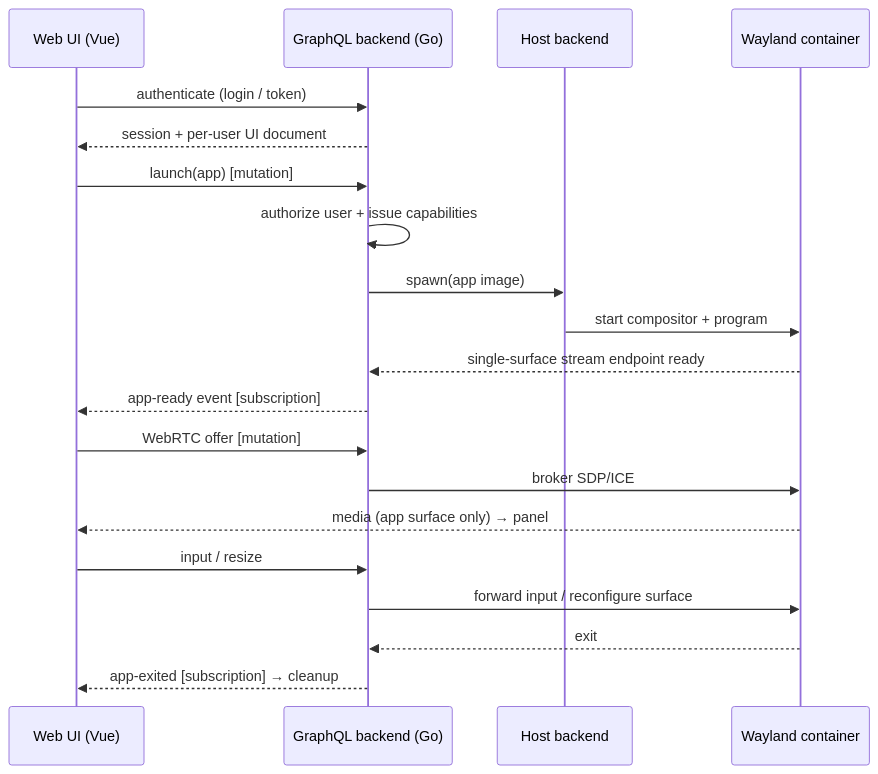
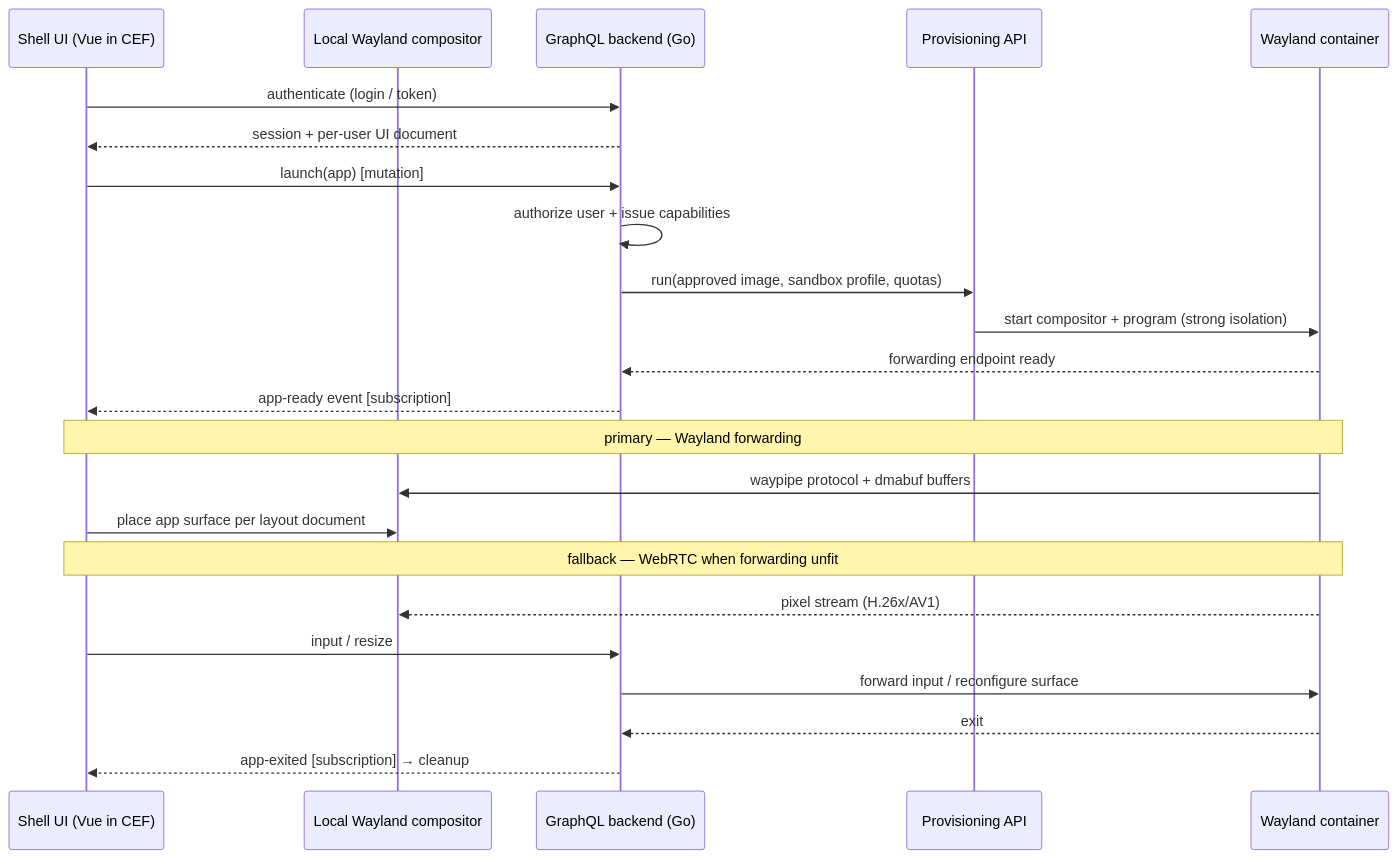
Before and after one commit to Asteb612/SandboxDesktop: the second of 3 diagrams in docs/ARCHITECTURE.md, drawn with Mermaid. The commit also changed other lines of this file and 7 other files, not shown here.

First line of the commit message:
Pivot to native client: CEF + local Wayland compositor; forwarding-first transport

````diff
--- a/docs/ARCHITECTURE.md
+++ b/docs/ARCHITECTURE.md
@@ -111,23 +121,26 @@
 ```mermaid
 sequenceDiagram
-    participant UI as Web UI (Vue)
+    participant UI as Shell UI (Vue in CEF)
+    participant LWC as Local Wayland compositor
     participant API as GraphQL backend (Go)
-    participant Host as Host backend
+    participant Host as Provisioning API
     participant C as Wayland container
 
     UI->>API: authenticate (login / token)
     API-->>UI: session + per-user UI document
     UI->>API: launch(app) [mutation]
     API->>API: authorize user + issue capabilities
-    API->>Host: spawn(app image)
-    Host->>C: start compositor + program
-    C-->>API: single-surface stream endpoint ready
+    API->>Host: run(approved image, sandbox profile, quotas)
+    Host->>C: start compositor + program (strong isolation)
+    C-->>API: forwarding endpoint ready
     API-->>UI: app-ready event [subscription]
-    UI->>API: WebRTC offer [mutation]
-    API->>C: broker SDP/ICE
-    C-->>UI: media (app surface only) → panel
+    Note over UI,C: primary — Wayland forwarding
+    C->>LWC: waypipe protocol + dmabuf buffers
+    UI->>LWC: place app surface per layout document
+    Note over UI,C: fallback — WebRTC when forwarding unfit
+    C-->>LWC: pixel stream (H.26x/AV1)
     UI->>API: input / resize
     API->>C: forward input / reconfigure surface
     C-->>API: exit
     API-->>UI: app-exited [subscription] → cleanup
 ```
````
